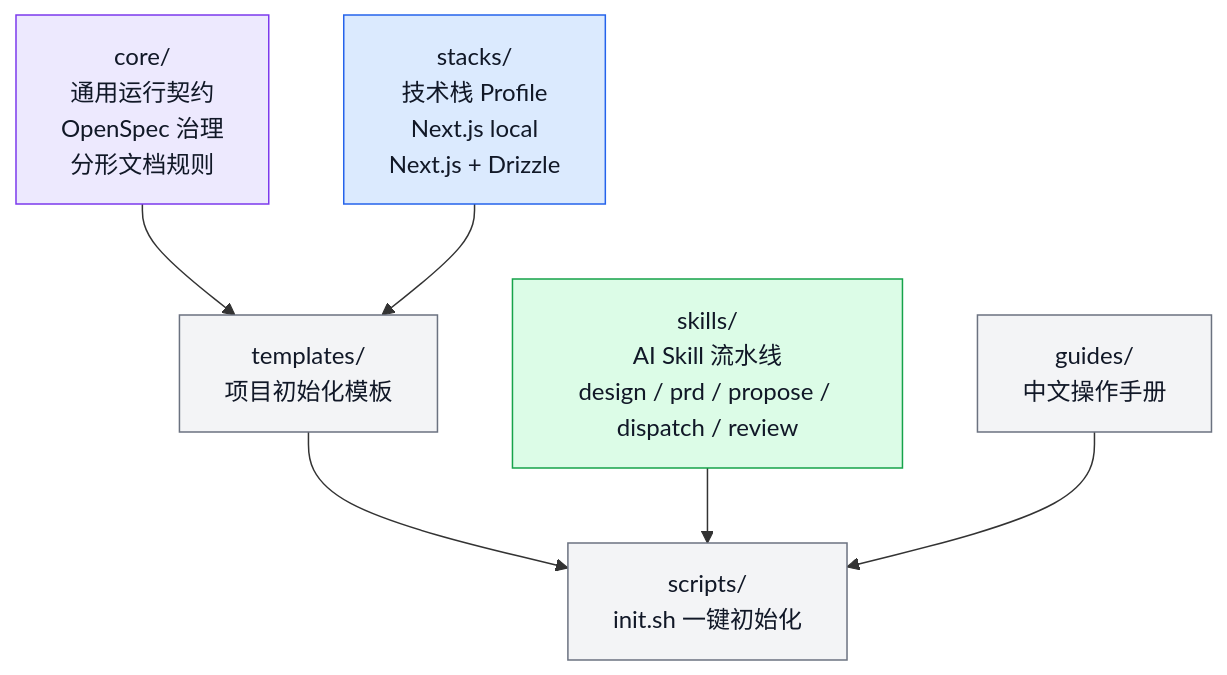
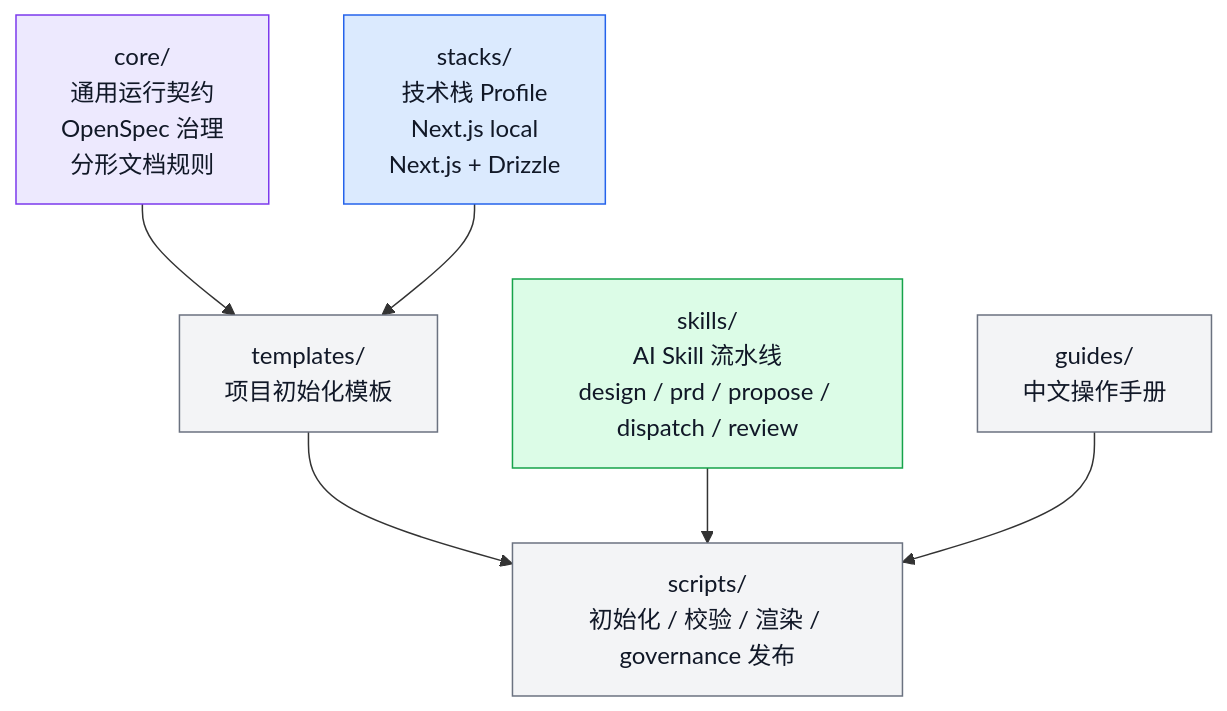
Before and after one commit to lupingluke-ai/general-ai-spec: the second of 3 diagrams in README.md, drawn with Mermaid. The commit also changed other lines of this file and 56 other files, not shown here.

````diff
--- a/README.md
+++ b/README.md
@@ -82,25 +82,25 @@
 ```mermaid
 flowchart TB
   CORE["core/<br/>通用运行契约<br/>OpenSpec 治理<br/>分形文档规则"]
   STACKS["stacks/<br/>技术栈 Profile<br/>Next.js local<br/>Next.js + Drizzle"]
   SKILLS["skills/<br/>AI Skill 流水线<br/>design / prd / propose / dispatch / review"]
   TEMPLATES["templates/<br/>项目初始化模板"]
-  SCRIPTS["scripts/<br/>init.sh 一键初始化"]
+  SCRIPTS["scripts/<br/>初始化 / 校验 / 渲染 / governance 发布"]
   GUIDES["guides/<br/>中文操作手册"]
 
   CORE --> TEMPLATES
   STACKS --> TEMPLATES
   TEMPLATES --> SCRIPTS
   SKILLS --> SCRIPTS
   GUIDES --> SCRIPTS
 
   classDef core fill:#EDE9FE,stroke:#7C3AED,color:#111827;
   classDef stack fill:#DBEAFE,stroke:#2563EB,color:#111827;
   classDef skill fill:#DCFCE7,stroke:#16A34A,color:#111827;
   classDef support fill:#F3F4F6,stroke:#6B7280,color:#111827;
 
   class CORE core;
   class STACKS stack;
   class SKILLS skill;
   class TEMPLATES,SCRIPTS,GUIDES support;
 ```
````
